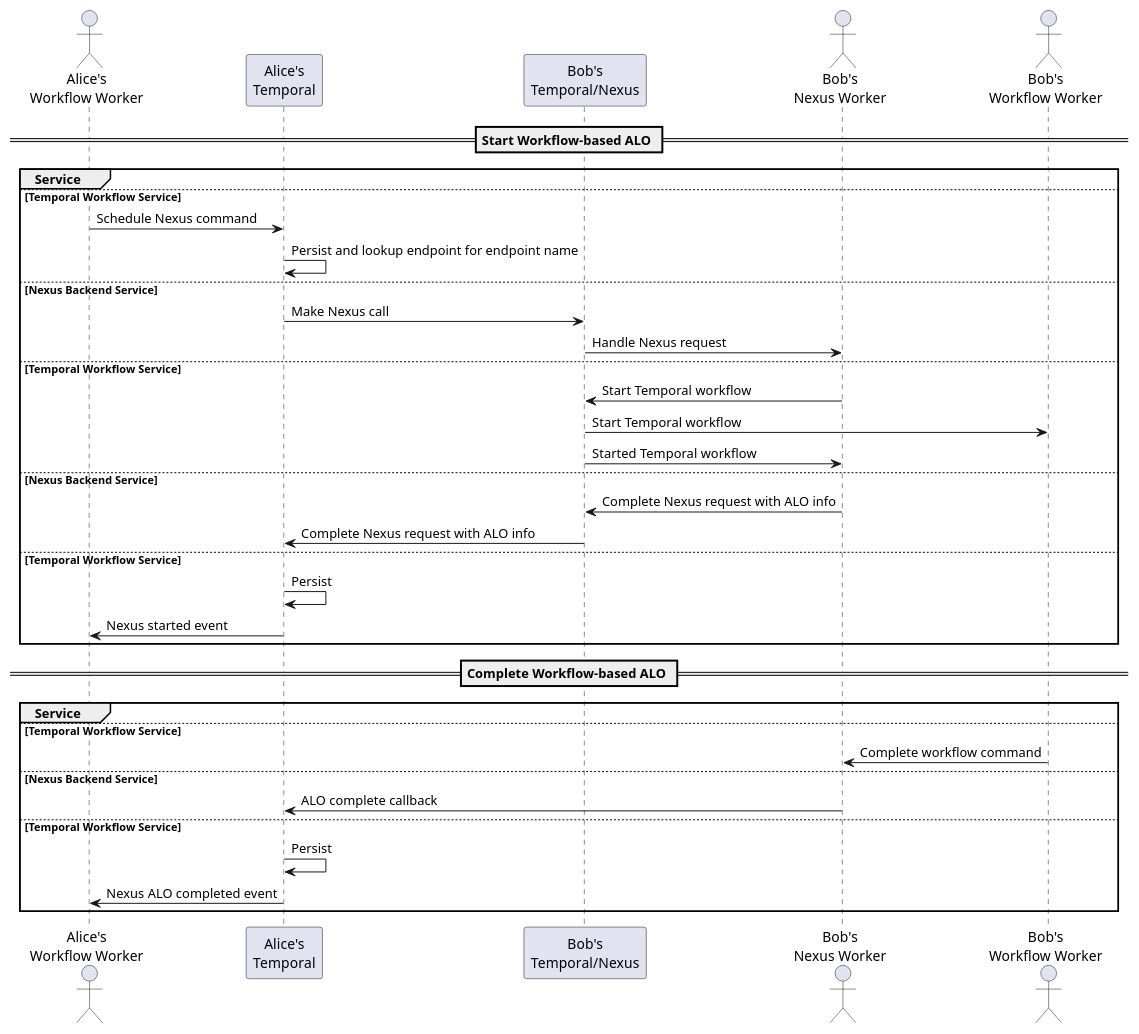
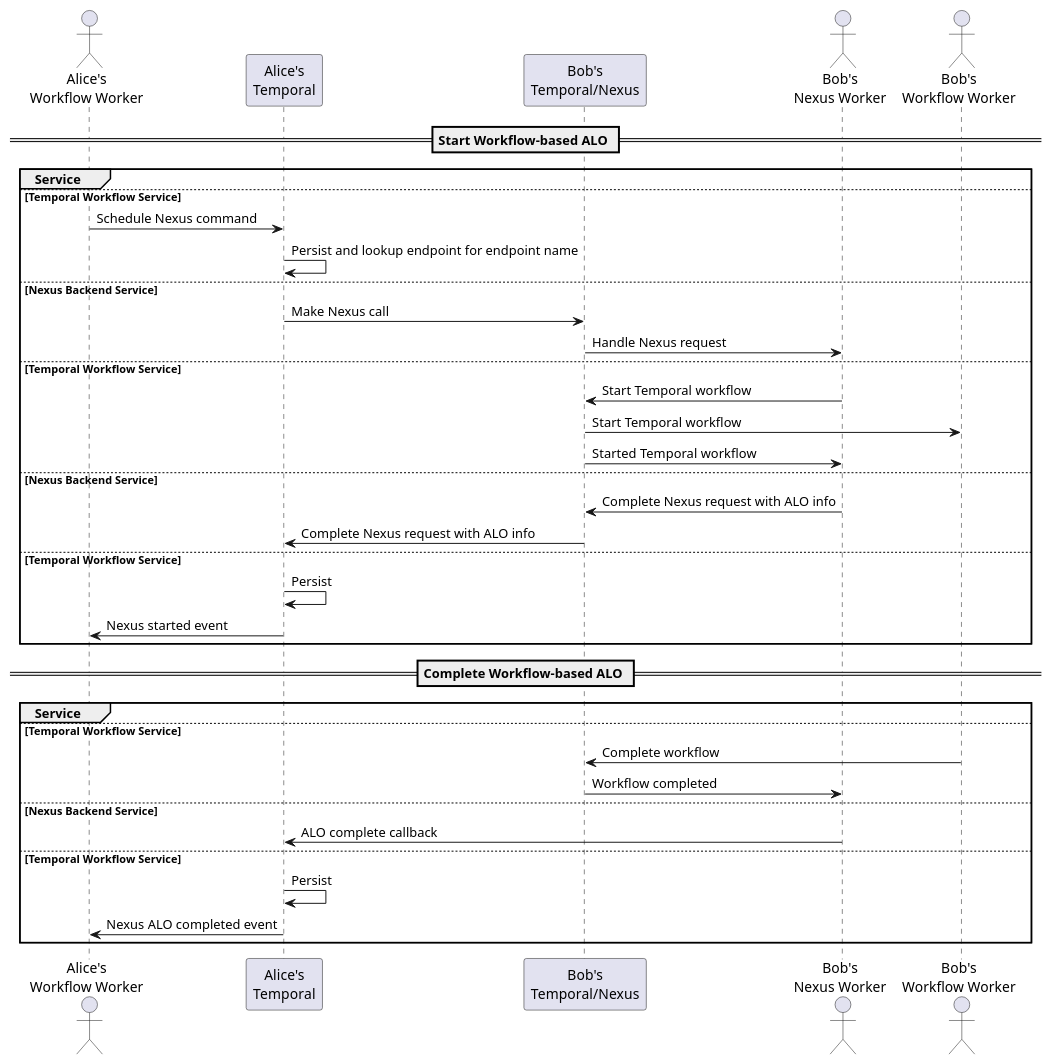
The diagram in nexus/tech/diagrams/temporal-to-temporal-workflow.wsd (cretz/temporal-proposals), drawn with PlantUML before and after one commit. The commit also changed 1 other file, not shown here.

Commit message:
Minor diagram fix for workflow complexion

```diff
--- a/nexus/tech/diagrams/temporal-to-temporal-workflow.wsd
+++ b/nexus/tech/diagrams/temporal-to-temporal-workflow.wsd
@@ -1,39 +1,40 @@
 @startuml Temporal to Temporal Workflow
 
 == Start Workflow-based ALO ==
 
 actor "Alice's\nWorkflow Worker"
 group Service
 else Temporal Workflow Service
   "Alice's\nWorkflow Worker" -> "Alice's\nTemporal" : Schedule Nexus command
   "Alice's\nTemporal" -> "Alice's\nTemporal" : Persist and lookup endpoint for endpoint name
 else Nexus Backend Service
   "Alice's\nTemporal" -> "Bob's\nTemporal/Nexus" : Make Nexus call
   actor "Bob's\nNexus Worker"
   "Bob's\nTemporal/Nexus" -> "Bob's\nNexus Worker" : Handle Nexus request
 else Temporal Workflow Service
   "Bob's\nNexus Worker" -> "Bob's\nTemporal/Nexus" : Start Temporal workflow
   actor "Bob's\nWorkflow Worker"
   "Bob's\nTemporal/Nexus" -> "Bob's\nWorkflow Worker" : Start Temporal workflow
   "Bob's\nTemporal/Nexus" -> "Bob's\nNexus Worker" : Started Temporal workflow
 else Nexus Backend Service
   "Bob's\nNexus Worker" -> "Bob's\nTemporal/Nexus" : Complete Nexus request with ALO info
   "Bob's\nTemporal/Nexus" -> "Alice's\nTemporal" : Complete Nexus request with ALO info
 else Temporal Workflow Service
   "Alice's\nTemporal" -> "Alice's\nTemporal" : Persist
   "Alice's\nTemporal" -> "Alice's\nWorkflow Worker" : Nexus started event
 end
 
 == Complete Workflow-based ALO ==
 
 group Service
 else Temporal Workflow Service
-  "Bob's\nWorkflow Worker" -> "Bob's\nNexus Worker" : Complete workflow command
+  "Bob's\nWorkflow Worker" -> "Bob's\nTemporal/Nexus" : Complete workflow
+  "Bob's\nTemporal/Nexus" -> "Bob's\nNexus Worker" : Workflow completed
 else Nexus Backend Service
   "Bob's\nNexus Worker" -> "Alice's\nTemporal" : ALO complete callback
 else Temporal Workflow Service
   "Alice's\nTemporal" -> "Alice's\nTemporal" : Persist
   "Alice's\nTemporal" -> "Alice's\nWorkflow Worker" : Nexus ALO completed event
 end
 
 @enduml
```
